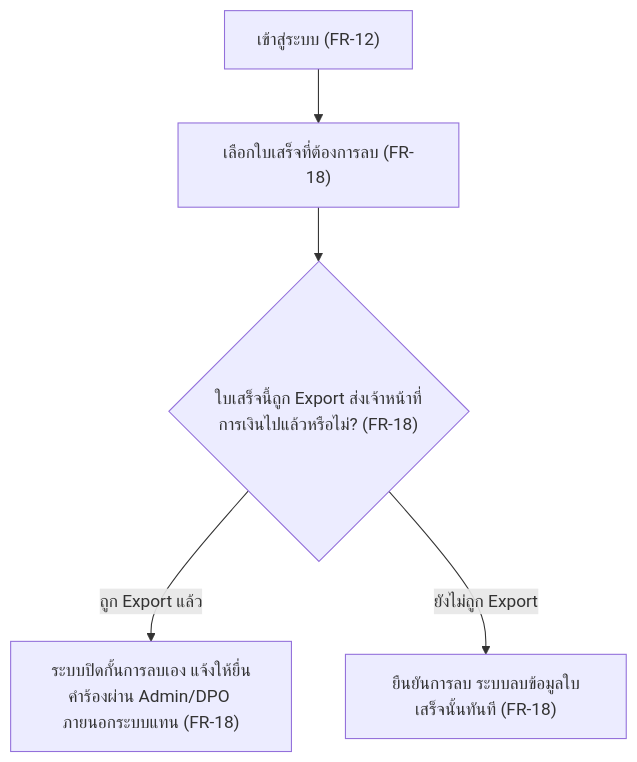
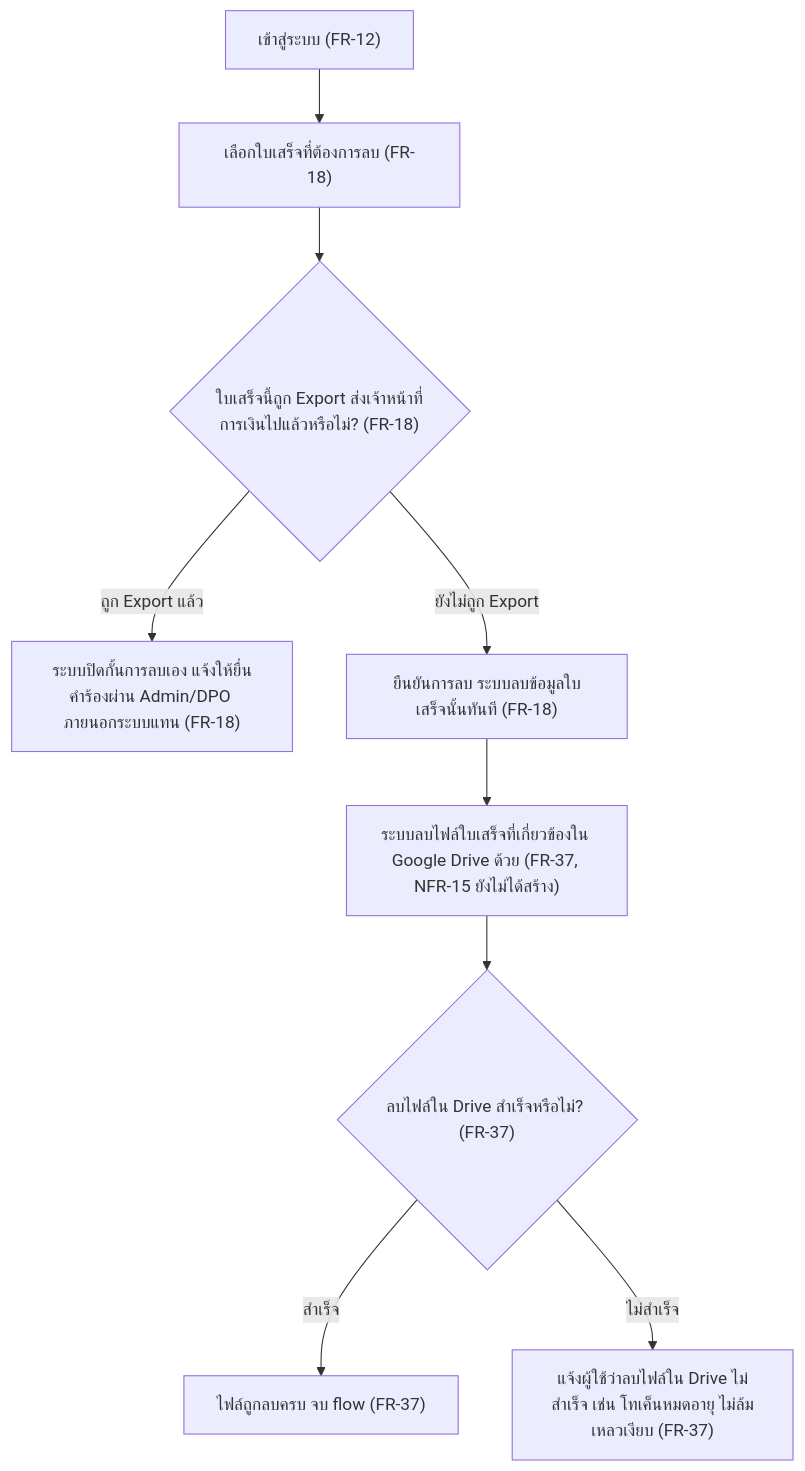
One commit to ptrsswnr/Grant-Receipt-Assistant changed the seventh of 10 diagrams in docs/02-design/user-journey.md. Above: the diagram before and after it, drawn with Mermaid. The commit also changed other lines of this file and 28 other files, not shown here.

````diff
--- a/docs/02-design/user-journey.md
+++ b/docs/02-design/user-journey.md
@@ -288,12 +383,18 @@
 ```mermaid
 flowchart TD
     A["เข้าสู่ระบบ (FR-12)"]
     B["เลือกใบเสร็จที่ต้องการลบ (FR-18)"]
     C{"ใบเสร็จนี้ถูก Export ส่งเจ้าหน้าที่การเงินไปแล้วหรือไม่? (FR-18)"}
     D["ระบบปิดกั้นการลบเอง แจ้งให้ยื่นคำร้องผ่าน Admin/DPO ภายนอกระบบแทน (FR-18)"]
     E["ยืนยันการลบ ระบบลบข้อมูลใบเสร็จนั้นทันที (FR-18)"]
+    F["ระบบลบไฟล์ใบเสร็จที่เกี่ยวข้องใน Google Drive ด้วย (FR-37, NFR-15 ยังไม่ได้สร้าง)"]
+    G{"ลบไฟล์ใน Drive สำเร็จหรือไม่? (FR-37)"}
+    H["ไฟล์ถูกลบครบ จบ flow (FR-37)"]
+    I["แจ้งผู้ใช้ว่าลบไฟล์ใน Drive ไม่สำเร็จ เช่น โทเค็นหมดอายุ ไม่ล้มเหลวเงียบ (FR-37)"]
 
     A --> B --> C
     C -->|ถูก Export แล้ว| D
-    C -->|ยังไม่ถูก Export| E
+    C -->|ยังไม่ถูก Export| E --> F --> G
+    G -->|สำเร็จ| H
+    G -->|ไม่สำเร็จ| I
 ```
````
